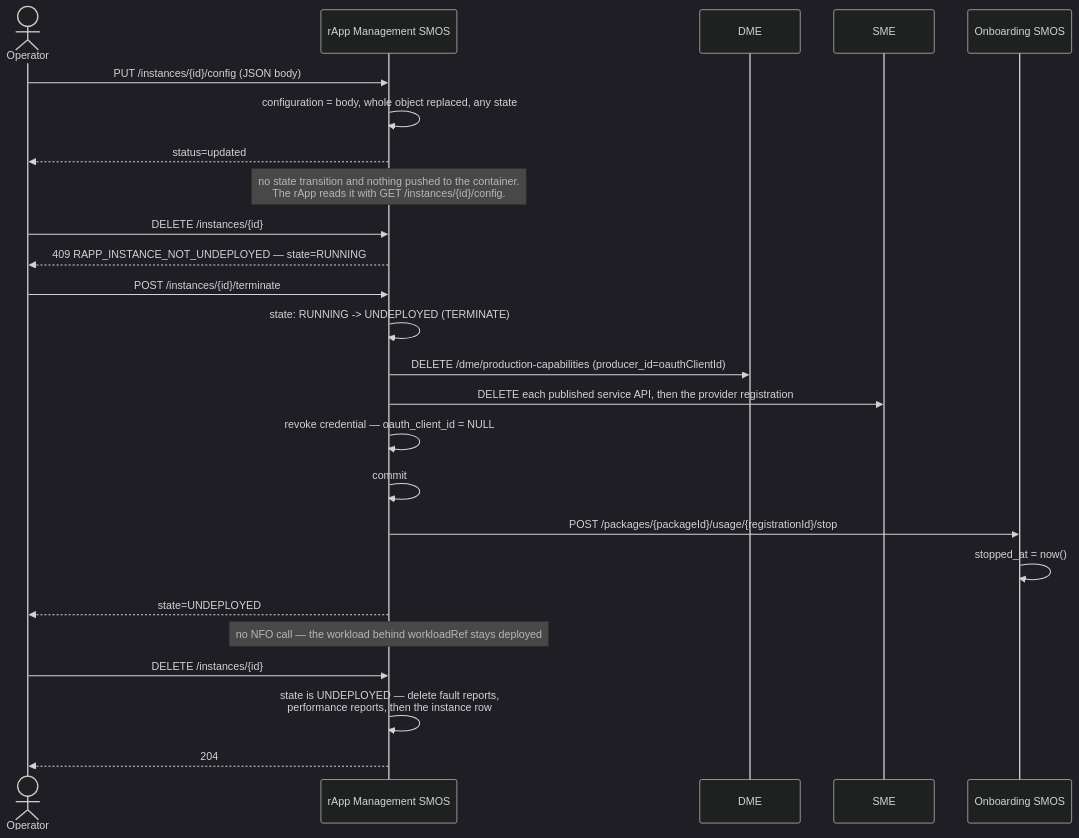
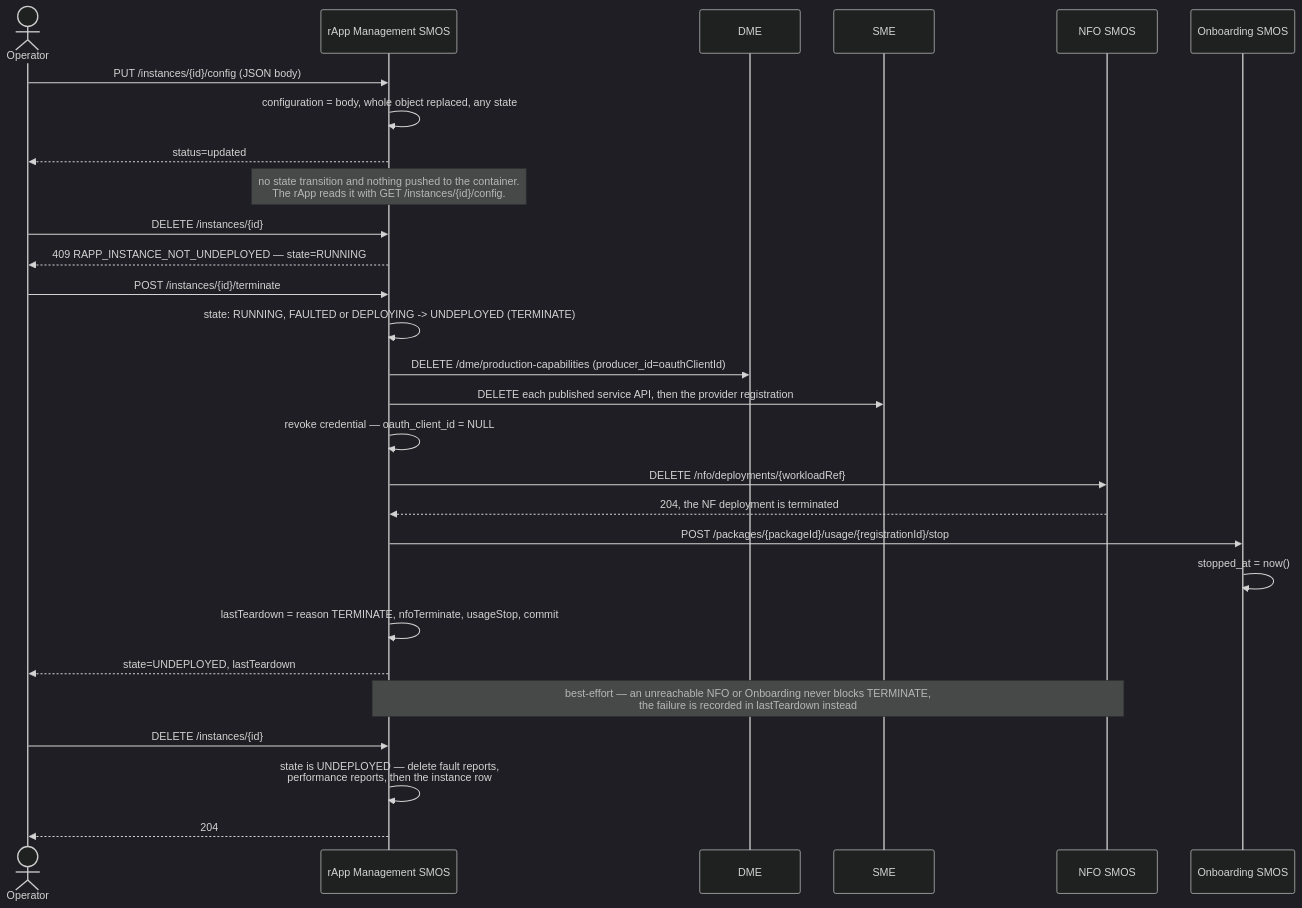
The third of 3 diagrams in smo/docs/call-flows/07-rapp-instance-lifecycle.md (rsys-bshankar/ai-ran-ref), drawn with Mermaid (dark theme) before and after one commit. The commit also changed other lines of this file and 46 other files, not shown here.

````diff
--- a/smo/docs/call-flows/07-rapp-instance-lifecycle.md
+++ b/smo/docs/call-flows/07-rapp-instance-lifecycle.md
@@ -111,31 +150,34 @@
 ```mermaid
 sequenceDiagram
     actor Operator
     participant Rapp as rApp Management SMOS
     participant DME as DME
     participant SME as SME
+    participant NFO as NFO SMOS
     participant Onb as Onboarding SMOS
 
     Operator->>Rapp: PUT /instances/{id}/config (JSON body)
     Rapp->>Rapp: configuration = body, whole object replaced, any state
     Rapp-->>Operator: status=updated
     Note over Rapp: no state transition and nothing pushed to the container.<br/>The rApp reads it with GET /instances/{id}/config.
 
     Operator->>Rapp: DELETE /instances/{id}
     Rapp-->>Operator: 409 RAPP_INSTANCE_NOT_UNDEPLOYED — state=RUNNING
 
     Operator->>Rapp: POST /instances/{id}/terminate
-    Rapp->>Rapp: state: RUNNING -> UNDEPLOYED (TERMINATE)
+    Rapp->>Rapp: state: RUNNING, FAULTED or DEPLOYING -> UNDEPLOYED (TERMINATE)
     Rapp->>DME: DELETE /dme/production-capabilities (producer_id=oauthClientId)
     Rapp->>SME: DELETE each published service API, then the provider registration
     Rapp->>Rapp: revoke credential — oauth_client_id = NULL
-    Rapp->>Rapp: commit
+    Rapp->>NFO: DELETE /nfo/deployments/{workloadRef}
+    NFO-->>Rapp: 204, the NF deployment is terminated
     Rapp->>Onb: POST /packages/{packageId}/usage/{registrationId}/stop
     Onb->>Onb: stopped_at = now()
-    Rapp-->>Operator: state=UNDEPLOYED
-    Note over Rapp: no NFO call — the workload behind workloadRef stays deployed
+    Rapp->>Rapp: lastTeardown = reason TERMINATE, nfoTerminate, usageStop, commit
+    Rapp-->>Operator: state=UNDEPLOYED, lastTeardown
+    Note over Rapp,NFO: best-effort — an unreachable NFO or Onboarding never blocks TERMINATE,<br/>the failure is recorded in lastTeardown instead
 
     Operator->>Rapp: DELETE /instances/{id}
     Rapp->>Rapp: state is UNDEPLOYED — delete fault reports,<br/>performance reports, then the instance row
     Rapp-->>Operator: 204
 ```
````
